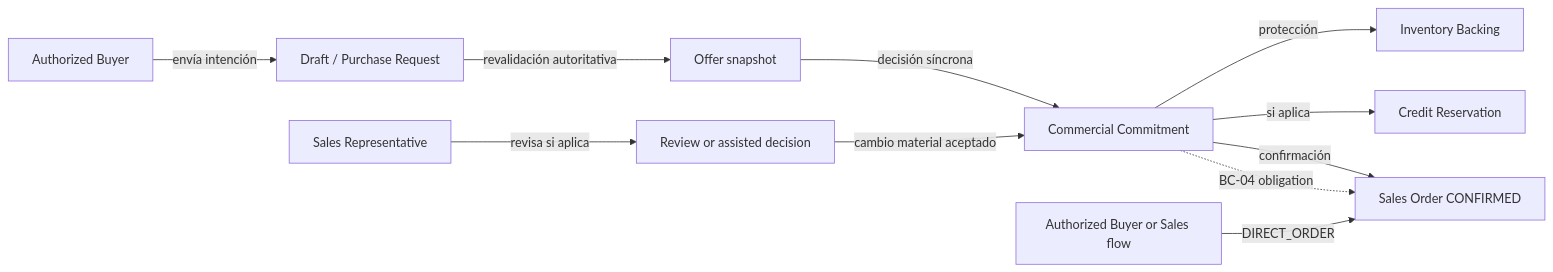
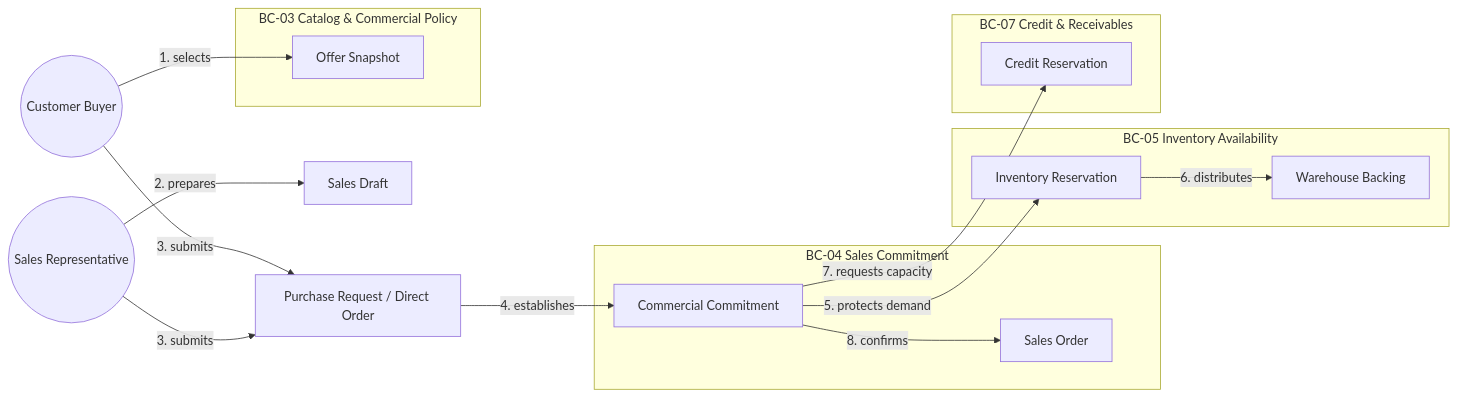
The second of 5 diagrams in report/02-requirements-and-software-solution-design/2.5-strategic-level-domain-driven-design/2.5.1-eventstorming/2.5.1.2-domain-message-flows-modeling.md (nexa-suite/mobile-report), drawn with Mermaid before and after one commit. The commit also changed other lines of this file and 41 other files, not shown here.

````diff
--- a/report/02-requirements-and-software-solution-design/2.5-strategic-level-domain-driven-design/2.5.1-eventstorming/2.5.1.2-domain-message-flows-modeling.md
+++ b/report/02-requirements-and-software-solution-design/2.5-strategic-level-domain-driven-design/2.5.1-eventstorming/2.5.1.2-domain-message-flows-modeling.md
@@ -84,13 +86,26 @@
-~~~mermaid
+```mermaid
 flowchart LR
-  buyer["Authorized Buyer"] -->|envía intención| request["Draft / Purchase Request"]
-  sales["Sales Representative"] -->|revisa si aplica| review["Review or assisted decision"]
-  request -->|revalidación autoritativa| offer["Offer snapshot"]
-  offer -->|decisión síncrona| commitment["Commercial Commitment"]
-  commitment -->|protección| backing["Inventory Backing"]
-  commitment -->|si aplica| credit["Credit Reservation"]
-  commitment -->|confirmación| order["Sales Order CONFIRMED"]
-  buyer2["Authorized Buyer or Sales flow"] -->|DIRECT_ORDER| order
-  review -->|cambio material aceptado| commitment
-  commitment -.->|BC-04 obligation| order
-~~~
+  buyer((Customer Buyer)) -->|1. selects| offer[Offer Snapshot]
+  sales((Sales Representative)) -->|2. prepares| draft[Sales Draft]
+  buyer -->|3. submits| request[Purchase Request / Direct Order]
+  sales -->|3. submits| request
+  subgraph commitment["BC-04 Sales Commitment"]
+    commitmentObj[Commercial Commitment]
+    order[Sales Order]
+  end
+  subgraph catalog["BC-03 Catalog & Commercial Policy"]
+    offer
+  end
+  subgraph inventory["BC-05 Inventory Availability"]
+    reservation[Inventory Reservation]
+    backing[Warehouse Backing]
+  end
+  subgraph credit["BC-07 Credit & Receivables"]
+    creditReservation[Credit Reservation]
+  end
+  request -->|4. establishes| commitmentObj
+  commitmentObj -->|5. protects demand| reservation
+  reservation -->|6. distributes| backing
+  commitmentObj -->|7. requests capacity| creditReservation
+  commitmentObj -->|8. confirms| order
+```
````
